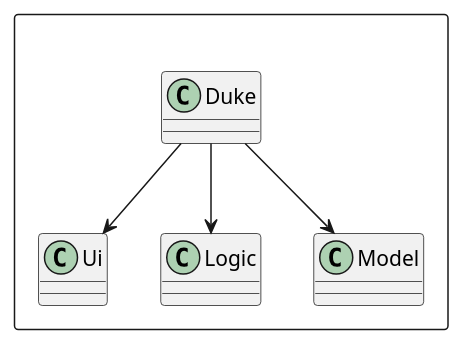
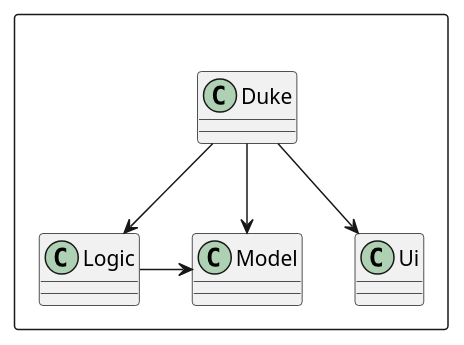
Before and after one commit to sevenseasofbri/tp: the diagram in docs/diagrams/ArchitectureDiagram.puml, drawn with PlantUML. The commit also changed 10 other files, not shown here.

```diff
--- a/docs/diagrams/ArchitectureDiagram.puml
+++ b/docs/diagrams/ArchitectureDiagram.puml
@@ -1,15 +1,16 @@
 @startuml
 
 Package " "<<Rectangle>>{
     Class Ui
     Class Logic
     Class Model
     Class Duke 
 }
 
 Duke --> Ui
 Duke --> Logic
 Duke --> Model
+Logic -r-> Model
 
 
 @enduml
```
